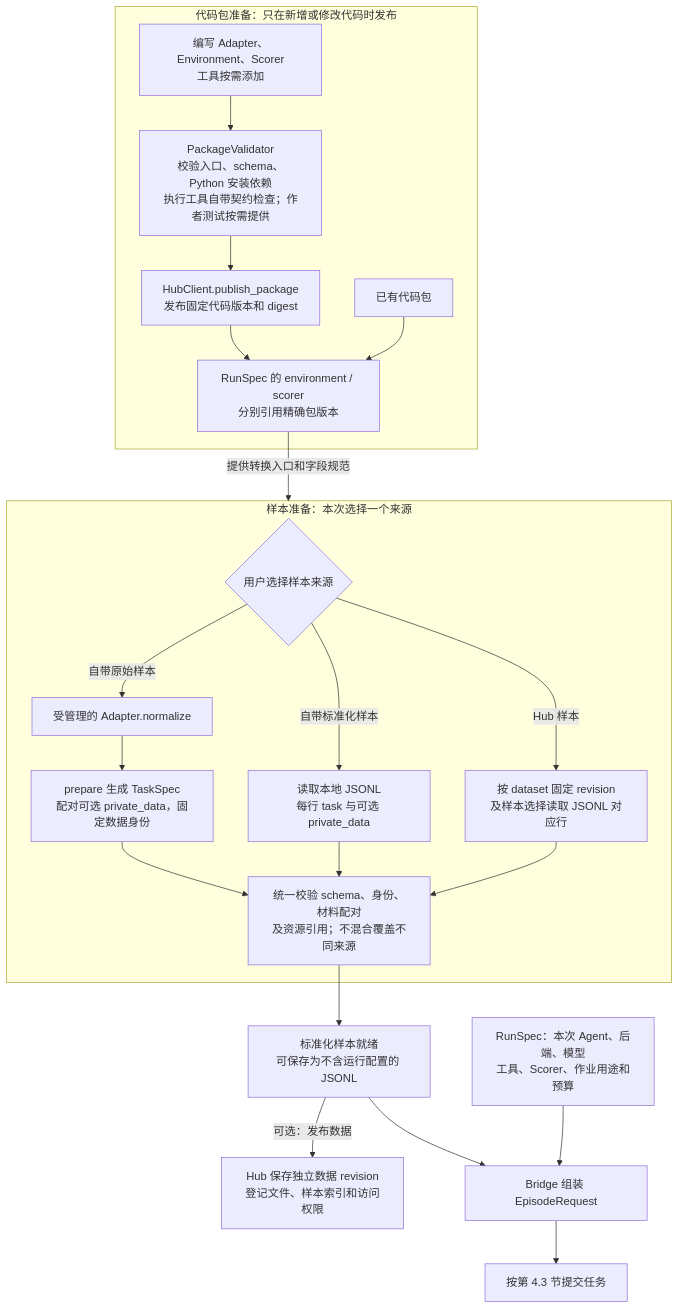
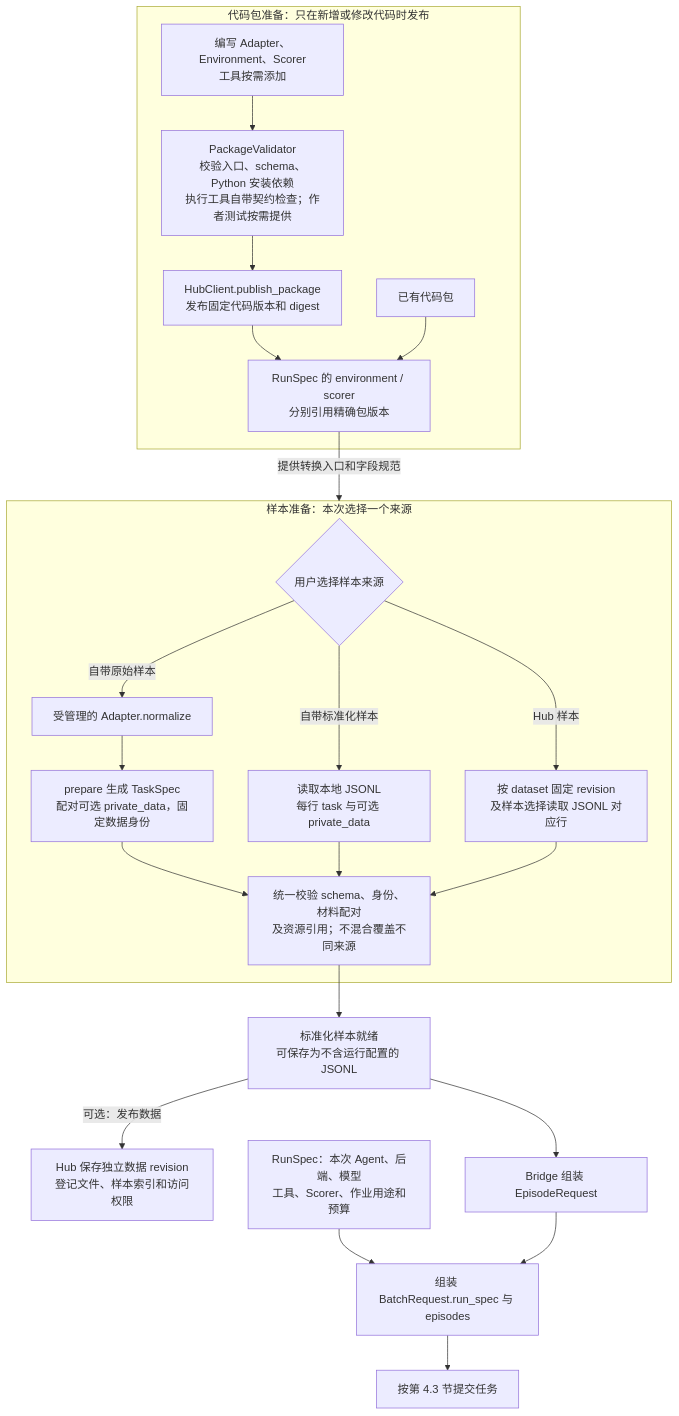
The third of 16 diagrams in docs/uenv_design.md (audreyyan1015/uenv_design), drawn with Mermaid before and after one commit. The commit also changed other lines of this file and 34 other files, not shown here.

Commit message:
Submit shared run configuration with each episode batch

````diff
--- a/docs/uenv_design.md
+++ b/docs/uenv_design.md
@@ -215,25 +215,26 @@
 ```mermaid
 flowchart TB
   subgraph PACKAGE[代码包准备：只在新增或修改代码时发布]
     AUTHOR[编写 Adapter、Environment、Scorer<br/>工具按需添加] --> VALIDATE[PackageValidator<br/>校验入口、schema、Python 安装依赖<br/>执行工具自带契约检查；作者测试按需提供]
     VALIDATE --> PUBLISH[HubClient.publish_package<br/>发布固定代码版本和 digest]
     PUBLISH --> SELECT[RunSpec 的 environment / scorer<br/>分别引用精确包版本]
     EXISTING[已有代码包] --> SELECT
   end
   subgraph DATA[样本准备：本次选择一个来源]
     SOURCE{用户选择样本来源}
     SOURCE -->|自带原始样本| RAW[受管理的 Adapter.normalize]
     RAW --> PREP[prepare 生成 TaskSpec<br/>配对可选 private_data，固定数据身份]
     SOURCE -->|自带标准化样本| LOCAL[读取本地 JSONL<br/>每行 task 与可选 private_data]
     SOURCE -->|Hub 样本| HUB[按 dataset 固定 revision<br/>及样本选择读取 JSONL 对应行]
     PREP --> CHECK[统一校验 schema、身份、材料配对<br/>及资源引用；不混合覆盖不同来源]
     LOCAL --> CHECK
     HUB --> CHECK
   end
   SELECT -->|提供转换入口和字段规范| DATA
   CHECK --> READY[标准化样本就绪<br/>可保存为不含运行配置的 JSONL]
   READY -->|可选：发布数据| SAVE[Hub 保存独立数据 revision<br/>登记文件、样本索引和访问权限]
   READY --> BUILD[Bridge 组装 EpisodeRequest]
-  RUN[RunSpec：本次 Agent、后端、模型<br/>工具、Scorer、作业用途和预算] --> BUILD
-  BUILD --> SUBMIT[按第 4.3 节提交任务]
+  RUN[RunSpec：本次 Agent、后端、模型<br/>工具、Scorer、作业用途和预算] --> BATCH[组装 BatchRequest.run_spec 与 episodes]
+  BUILD --> BATCH
+  BATCH --> SUBMIT[按第 4.3 节提交任务]
 ```
````
